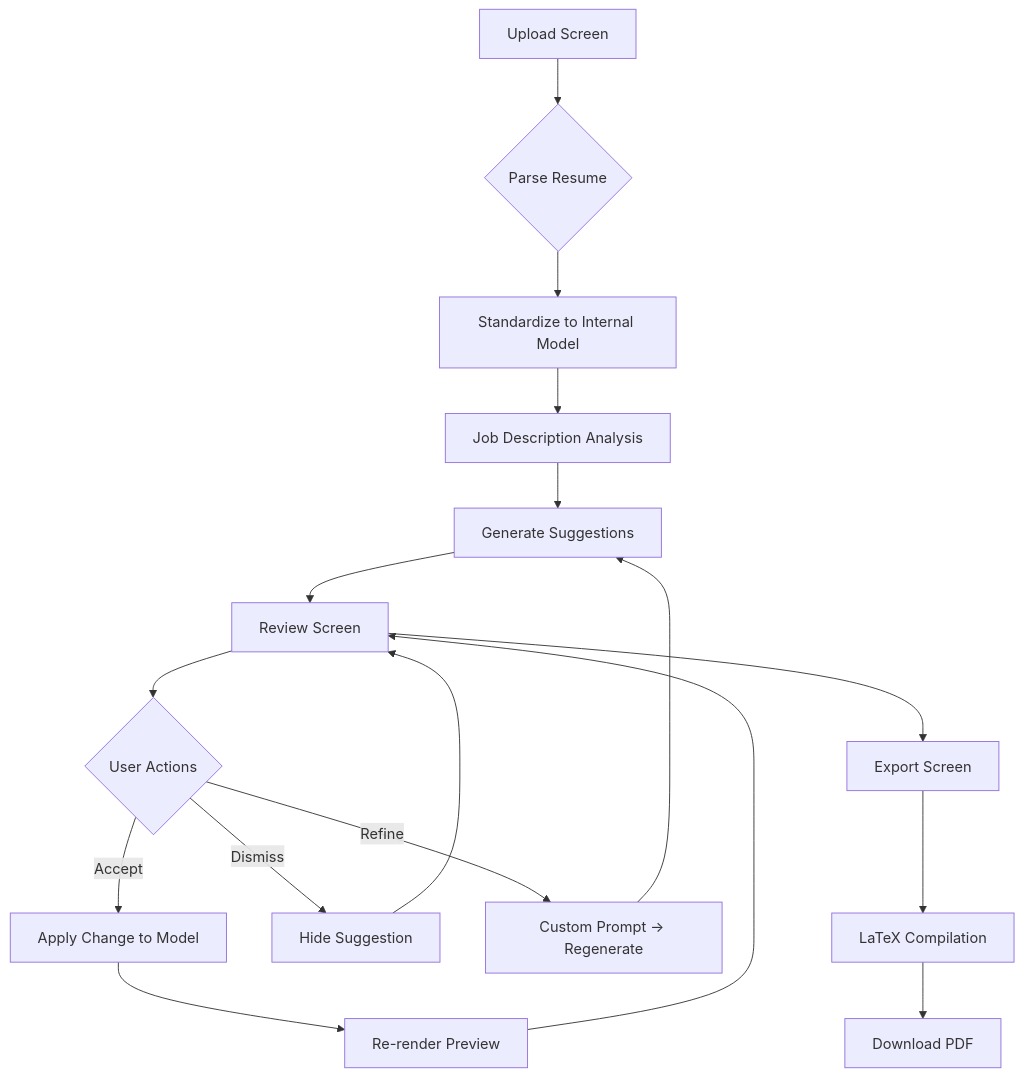
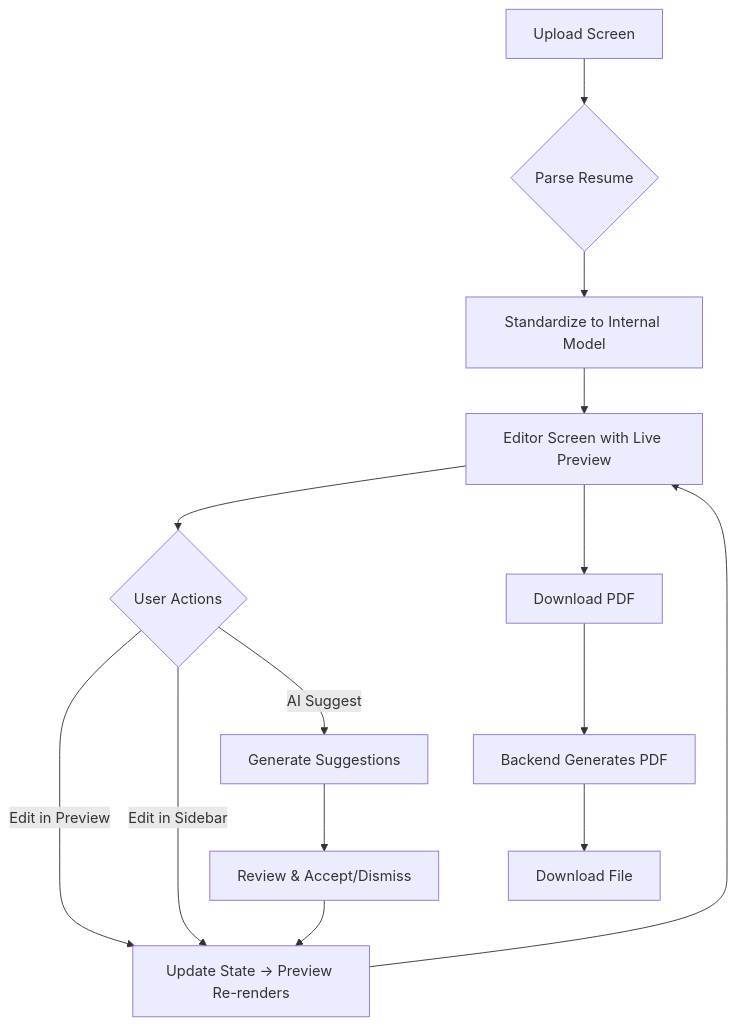
The diagram in docs/IMPLEMENTATION_PLAN.md (vatsalkhemani/ResumeOptimizer), drawn with Mermaid before and after one commit. The commit also changed other lines of this file and 14 other files, not shown here.

````diff
--- a/docs/IMPLEMENTATION_PLAN.md
+++ b/docs/IMPLEMENTATION_PLAN.md
@@ -22,19 +70,16 @@
 ```mermaid
 flowchart TD
     A[Upload Screen] --> B{Parse Resume}
     B --> C[Standardize to Internal Model]
-    C --> D[Job Description Analysis]
-    D --> E[Generate Suggestions]
-    E --> F[Review Screen]
-    F --> G{User Actions}
-    G --> |Accept| H[Apply Change to Model]
-    G --> |Dismiss| I[Hide Suggestion]
-    G --> |Refine| J[Custom Prompt → Regenerate]
-    H --> K[Re-render Preview]
-    I --> F
-    J --> E
-    K --> F
-    F --> L[Export Screen]
-    L --> M[LaTeX Compilation]
-    M --> N[Download PDF]
+    C --> D[Editor Screen with Live Preview]
+    D --> E{User Actions}
+    E --> |Edit in Preview| F[Update State → Preview Re-renders]
+    E --> |Edit in Sidebar| F
+    E --> |AI Suggest| G[Generate Suggestions]
+    G --> H[Review & Accept/Dismiss]
+    H --> F
+    F --> D
+    D --> I[Download PDF]
+    I --> J[Backend Generates PDF]
+    J --> K[Download File]
 ```
````
